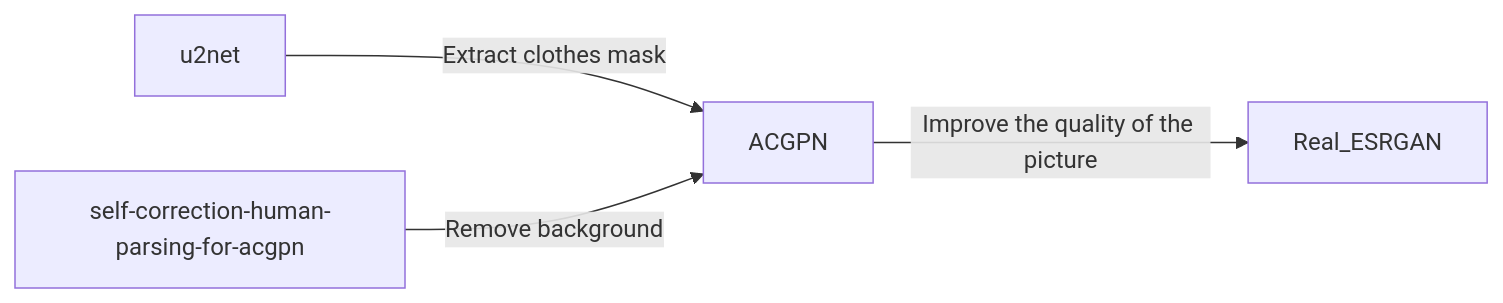
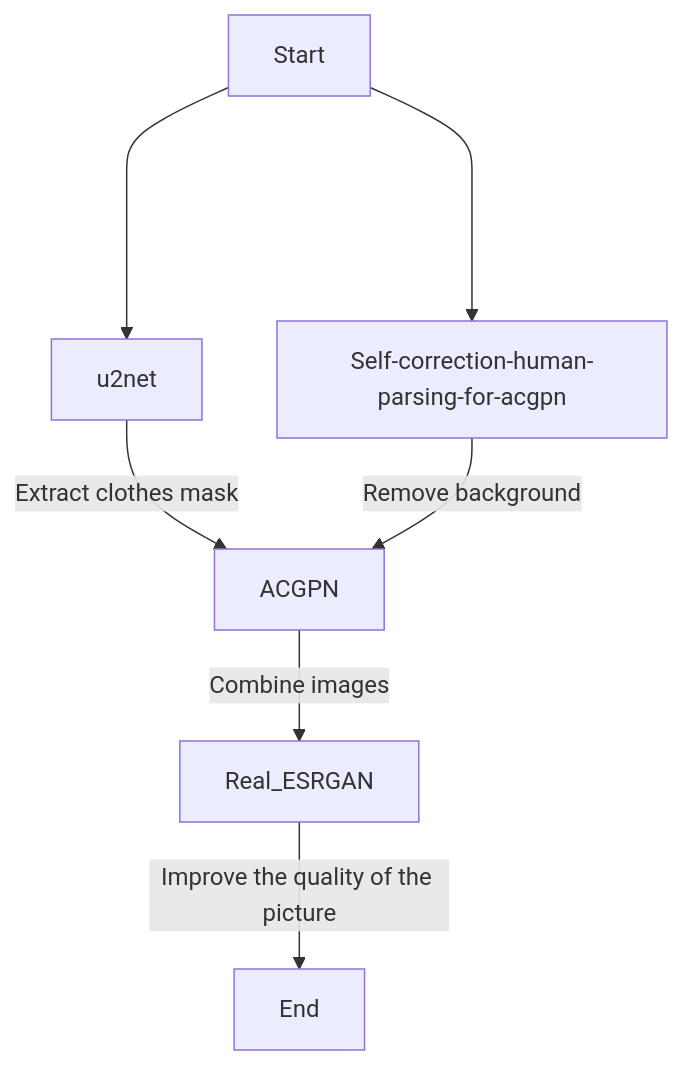
Before and after one commit to troymerai/COSMIC-tryon: the diagram in README.md, drawn with Mermaid. The commit also changed other lines of this file, not shown here.

````diff
--- a/README.md
+++ b/README.md
@@ -18,6 +18,9 @@
 ```mermaid
-  flowchart LR;
+  flowchart TD;
+      X[Start]---->A[u2net];
+      X[Start]---->Z[self-correction-human-parsing-for-acgpn];
       A[u2net]--Extract clothes mask-->B;
-      Z[self-correction-human-parsing-for-acgpn]--Remove background-->B;
-      B[ACGPN]--Improve the quality of the picture-->C[Real_ESRGAN];
+      Z[Self-correction-human-parsing-for-acgpn]--Remove background-->B;
+      B[ACGPN]--Combine images-->C[Real_ESRGAN];
+      C[Real_ESRGAN]--Improve the quality of the picture-->Y[End];
 ```
````
